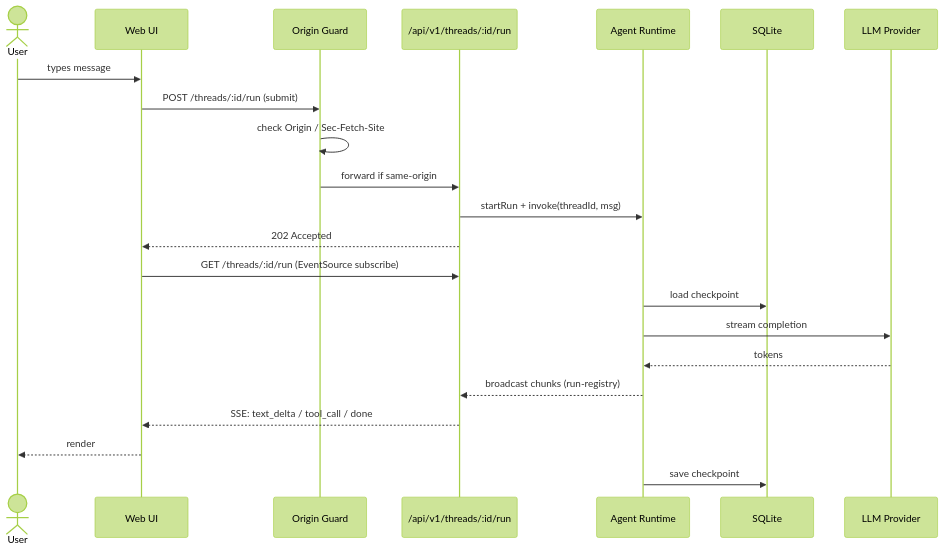
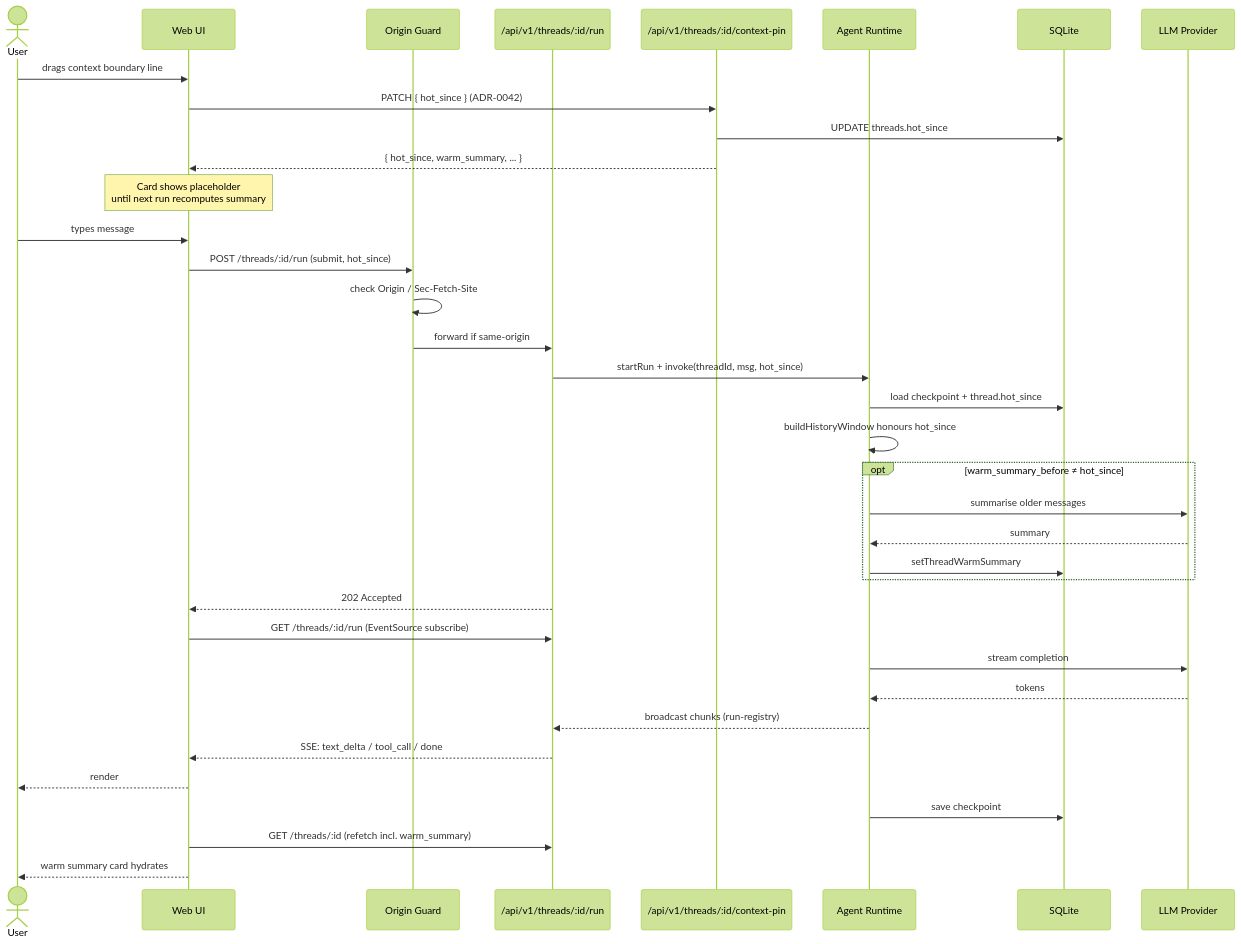
Before and after one commit to CircuitWall/jarela: the third of 7 diagrams in docs/ARCHITECTURE.md, drawn with Mermaid (forest theme). The commit also changed 15 other files, not shown here.

````diff
--- a/docs/ARCHITECTURE.md
+++ b/docs/ARCHITECTURE.md
@@ -144,25 +144,40 @@
 ```mermaid
 sequenceDiagram
     actor U as User
     participant UI as Web UI
     participant G as Origin Guard
     participant API as /api/v1/threads/:id/run
+    participant PIN as /api/v1/threads/:id/context-pin
     participant AG as Agent Runtime
     participant DB as SQLite
     participant LLM as LLM Provider
 
+    U->>UI: drags context boundary line
+    UI->>PIN: PATCH { hot_since } (ADR-0042)
+    PIN->>DB: UPDATE threads.hot_since
+    PIN-->>UI: { hot_since, warm_summary, ... }
+    Note over UI: Card shows placeholder<br/>until next run recomputes summary
+
     U->>UI: types message
-    UI->>G: POST /threads/:id/run (submit)
+    UI->>G: POST /threads/:id/run (submit, hot_since)
     G->>G: check Origin / Sec-Fetch-Site
     G->>API: forward if same-origin
-    API->>AG: startRun + invoke(threadId, msg)
+    API->>AG: startRun + invoke(threadId, msg, hot_since)
+    AG->>DB: load checkpoint + thread.hot_since
+    AG->>AG: buildHistoryWindow honours hot_since
+    opt warm_summary_before ≠ hot_since
+        AG->>LLM: summarise older messages
+        LLM-->>AG: summary
+        AG->>DB: setThreadWarmSummary
+    end
     API-->>UI: 202 Accepted
     UI->>API: GET /threads/:id/run (EventSource subscribe)
-    AG->>DB: load checkpoint
     AG->>LLM: stream completion
     LLM-->>AG: tokens
     AG-->>API: broadcast chunks (run-registry)
     API-->>UI: SSE: text_delta / tool_call / done
     UI-->>U: render
     AG->>DB: save checkpoint
+    UI->>API: GET /threads/:id (refetch incl. warm_summary)
+    UI-->>U: warm summary card hydrates
 ```
````
